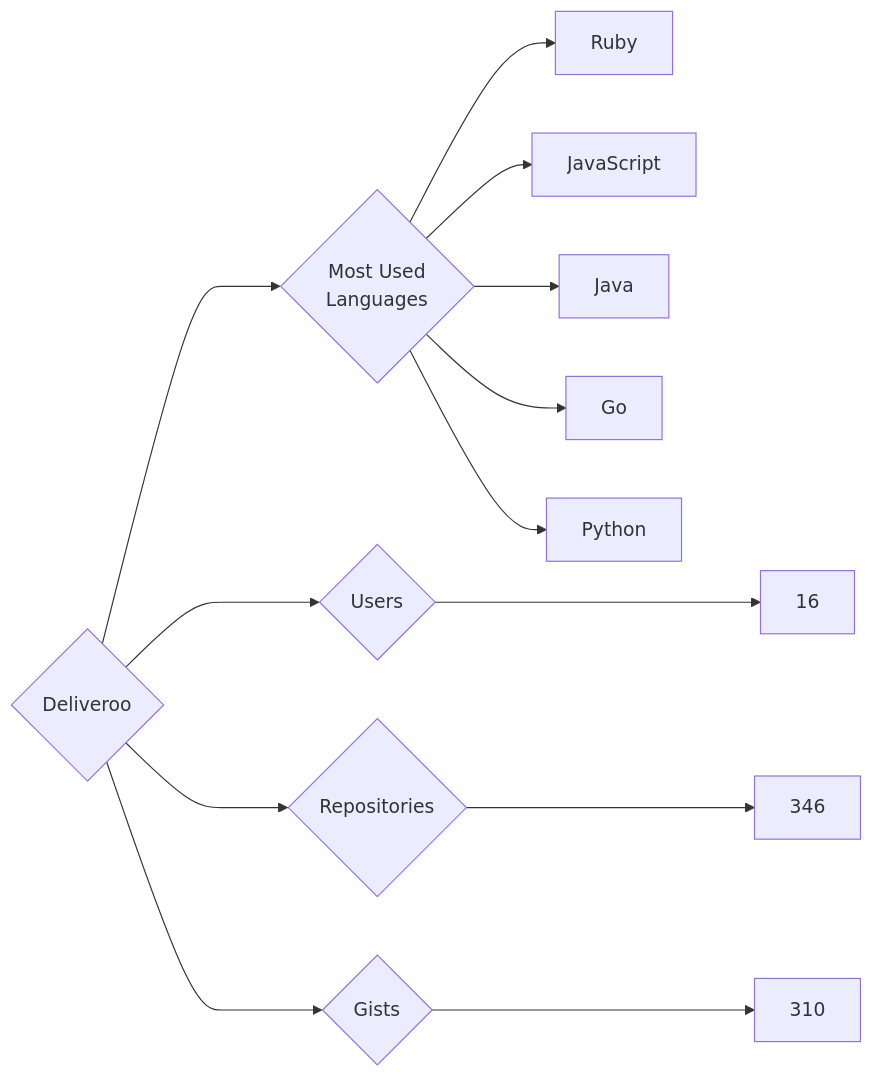
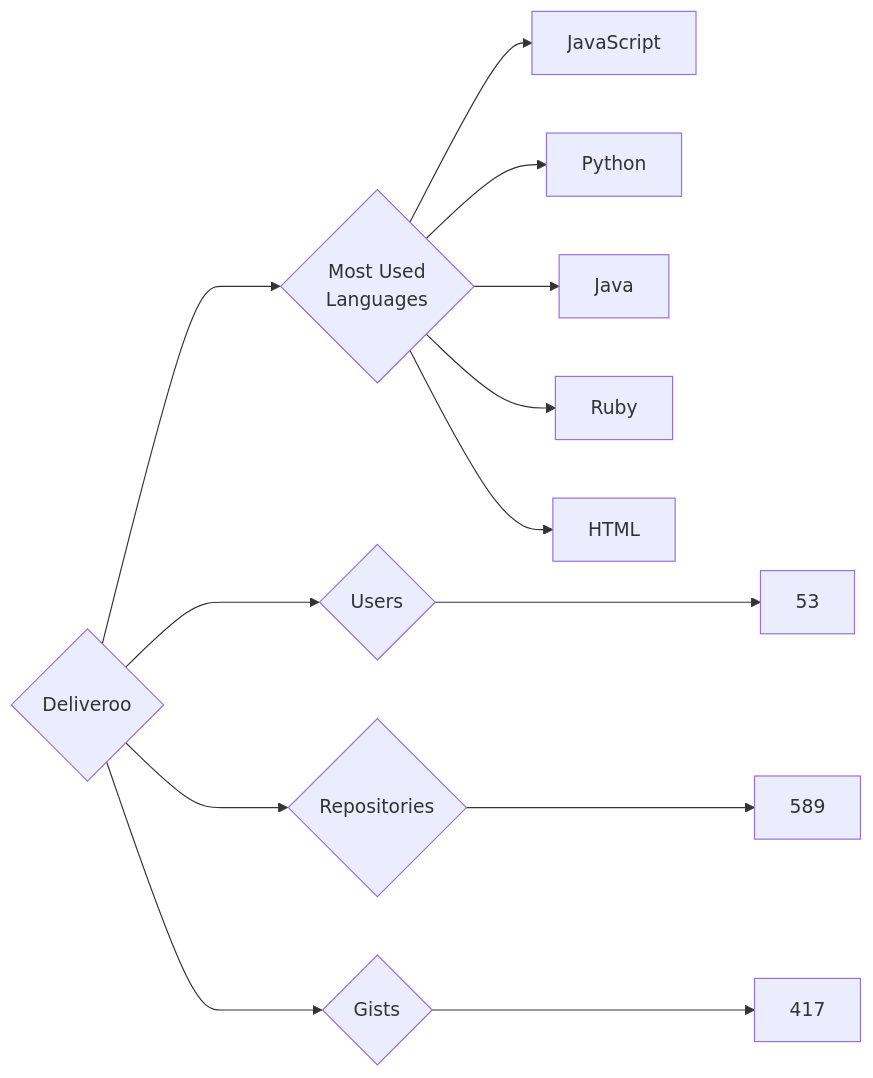
Before and after one commit to trickest/insiders: the diagram in targets/Deliveroo/README.md, drawn with Mermaid. The commit also changed 786 other files, not shown here.

````diff
--- a/targets/Deliveroo/README.md
+++ b/targets/Deliveroo/README.md
@@ -3,13 +3,13 @@
 ```mermaid
 graph LR
 COMPANY_NAME{Deliveroo}
-COMPANY_NAME ---> U{Users} ---> UN[16]
-COMPANY_NAME ---> R{Repositories} ---> RN[346]
-COMPANY_NAME ---> G{Gists} ---> GN[310]
+COMPANY_NAME ---> U{Users} ---> UN[53]
+COMPANY_NAME ---> R{Repositories} ---> RN[589]
+COMPANY_NAME ---> G{Gists} ---> GN[417]
 COMPANY_NAME ---> ML{Most Used<br>Languages}
+ML --> JavaScript[JavaScript]
+ML --> Python[Python]
+ML --> Java[Java]
 ML --> Ruby[Ruby]
-ML --> JavaScript[JavaScript]
-ML --> Java[Java]
-ML --> Go[Go]
-ML --> Python[Python]
+ML --> HTML[HTML]
 ```
````
